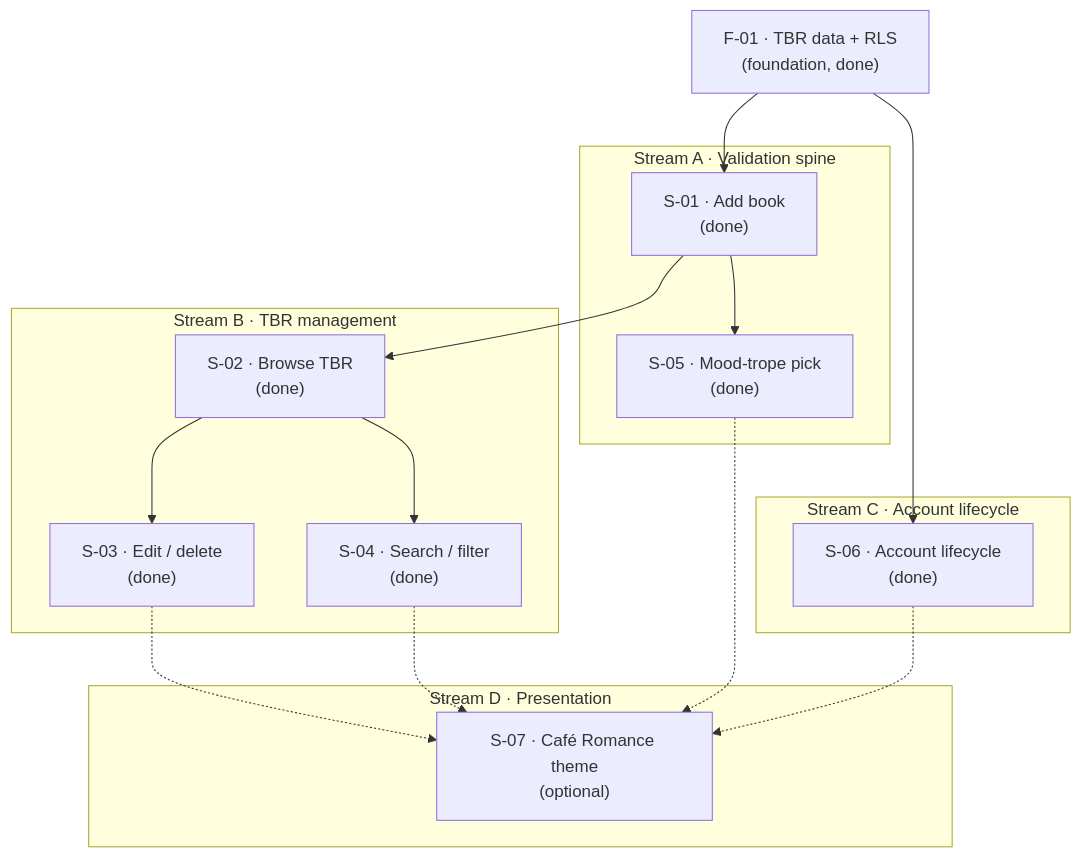
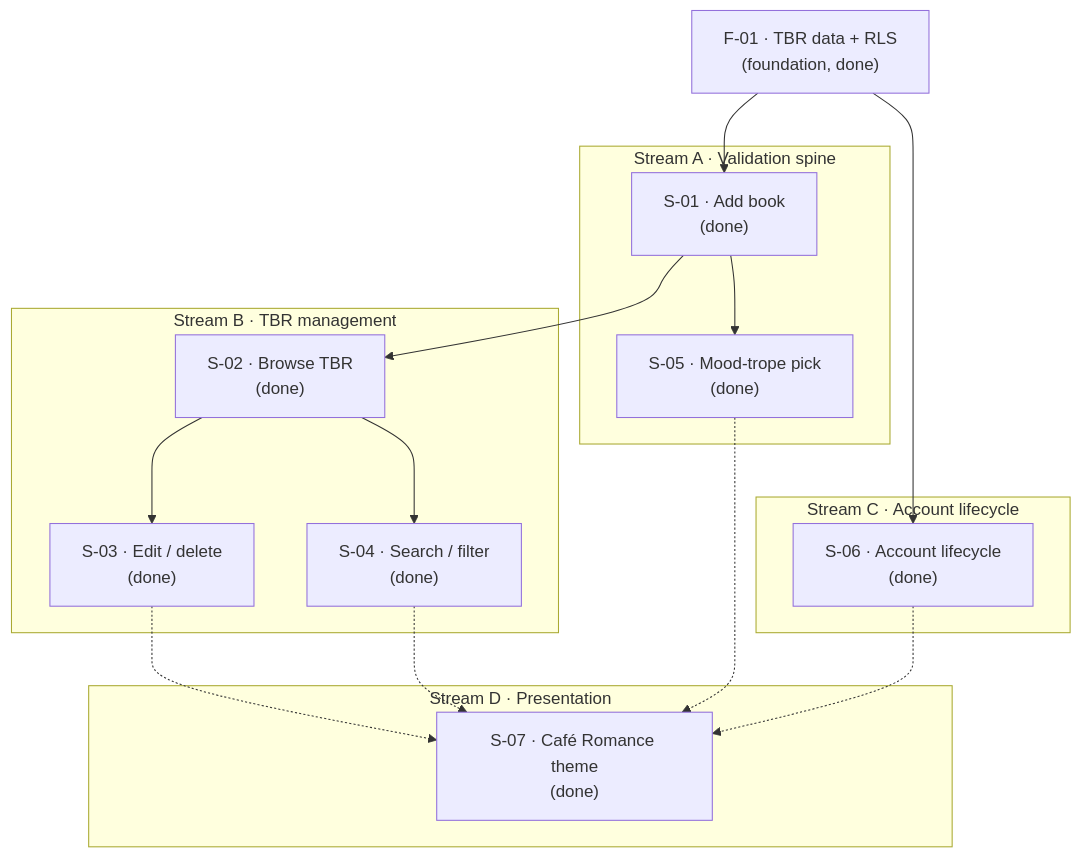
Before and after one commit to passiflora-nr/smart-tbr: the diagram in context/foundation/roadmap.md, drawn with Mermaid. The commit also changed other lines of this file and 4 other files, not shown here.

````diff
--- a/context/foundation/roadmap.md
+++ b/context/foundation/roadmap.md
@@ -60,34 +72,34 @@
 ```mermaid
 flowchart TB
   F01["F-01 · TBR data + RLS<br/>(foundation, done)"]
 
   subgraph A["Stream A · Validation spine"]
     S01["S-01 · Add book<br/>(done)"]
     S05["S-05 · Mood-trope pick<br/>(done)"]
   end
 
   subgraph B["Stream B · TBR management"]
     S02["S-02 · Browse TBR<br/>(done)"]
     S03["S-03 · Edit / delete<br/>(done)"]
     S04["S-04 · Search / filter<br/>(done)"]
   end
 
   subgraph C["Stream C · Account lifecycle"]
     S06["S-06 · Account lifecycle<br/>(done)"]
   end
 
   subgraph D["Stream D · Presentation"]
-    S07["S-07 · Café Romance theme<br/>(optional)"]
+    S07["S-07 · Café Romance theme<br/>(done)"]
   end
 
   F01 --> S01
   F01 --> S06
   S01 --> S05
   S01 --> S02
   S02 --> S03
   S02 --> S04
   S03 -.-> S07
   S04 -.-> S07
   S05 -.-> S07
   S06 -.-> S07
 ```
````
